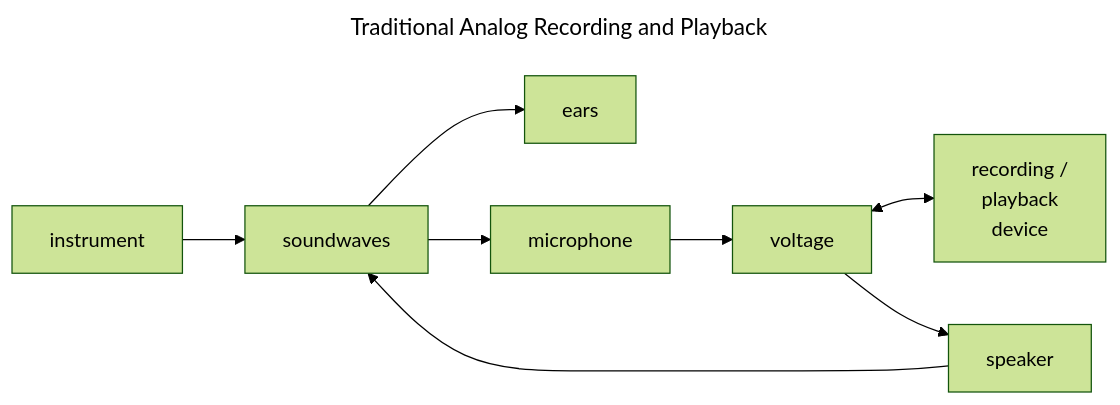
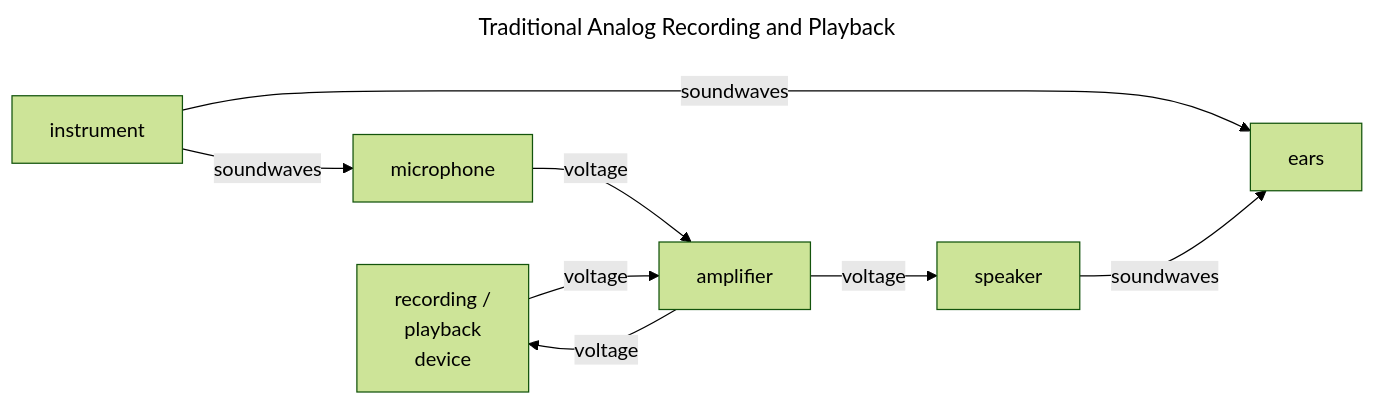
One commit to parasaurolophus/rader.us changed the first of 7 diagrams in music/algorithmic_musical_composition/index.md. Above: the diagram before and after it, drawn with Mermaid (forest theme). The commit also changed other lines of this file, not shown here.

Commit message:
Improve diagrams and layout of musicography/index.md

````diff
--- a/music/algorithmic_musical_composition/index.md
+++ b/music/algorithmic_musical_composition/index.md
@@ -116,16 +116,16 @@
 ```mermaid
 ---
 title: Traditional Analog Recording and Playback
 ---
 graph LR
 
     recorder[recording /<br>playback<br>device]
 
-    soundwaves --> ears
-    instrument --> soundwaves
-    soundwaves --> microphone
-    microphone --> voltage
-    voltage <--> recorder
-    voltage --> speaker
-    speaker --> soundwaves
+    instrument -->|soundwaves| ears
+    instrument -->|soundwaves| microphone
+    microphone -->|voltage| amplifier
+    amplifier -->|voltage| recorder
+    recorder -->|voltage| amplifier
+    amplifier -->|voltage| speaker
+    speaker -->|soundwaves| ears
 ```
````
